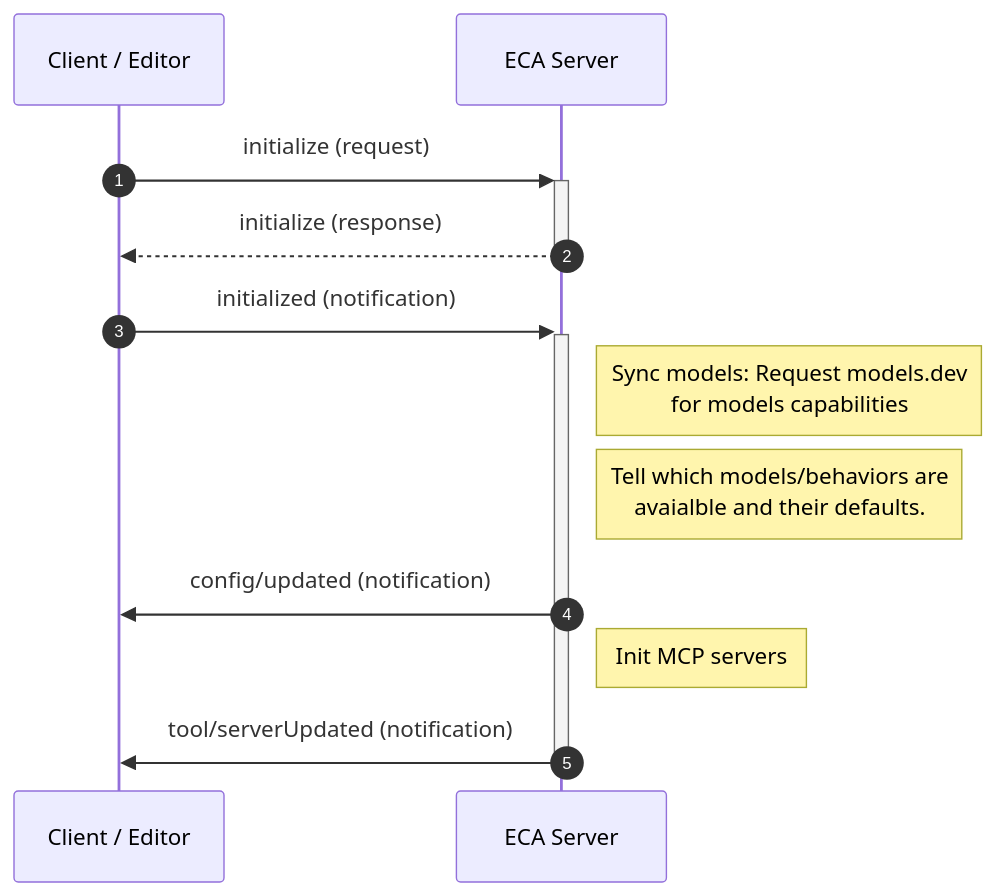
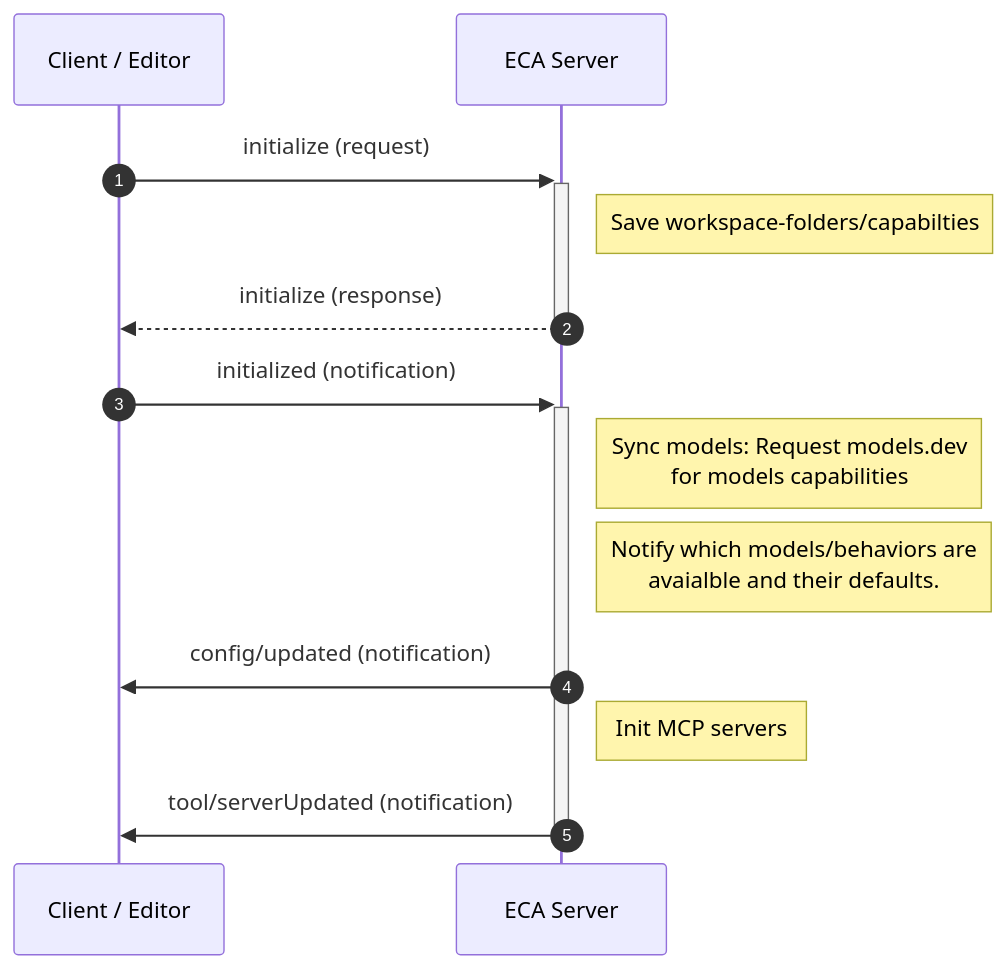
One commit to emerson-matos/eca changed the diagram in docs/protocol.md. Above: the diagram before and after it, drawn with Mermaid. The commit also changed other lines of this file, not shown here.

````diff
--- a/docs/protocol.md
+++ b/docs/protocol.md
@@ -175,14 +58,15 @@
     ```mermaid
     sequenceDiagram
         autonumber
         participant C as Client / Editor
         participant S as ECA Server
         C->>+S: initialize (request)
+        Note right of S: Save workspace-folders/capabilties
         S-->>-C: initialize (response)
         C->>+S: initialized (notification)
         Note right of S: Sync models: Request models.dev <br/>for models capabilities
-        Note right of S: Tell which models/behaviors are <br/>avaialble and their defaults.
+        Note right of S: Notify which models/behaviors are <br/>avaialble and their defaults.
         S->>C: config/updated (notification)
-        Note right of S: Init MCP servers 
+        Note right of S: Init MCP servers
         S->>-C: tool/serverUpdated (notification)
     ```
````
